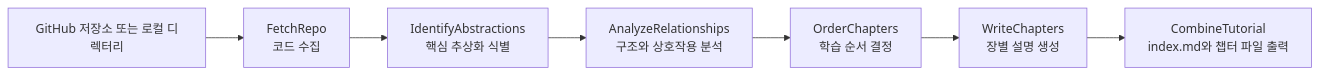
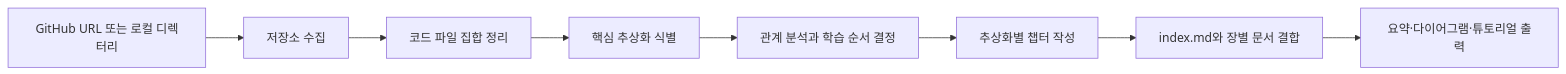
The first of 2 diagrams in docs/githubstudy/generated/the-pocket-pocketflow-tutorial-codebase-knowledge/index.md (seihwanMoon/skillrnd), drawn with Mermaid before and after one commit. The commit also changed other lines of this file and 4 other files, not shown here.

Commit message:
Improve GitHub Study hub and PocketFlow entry

````diff
--- a/docs/githubstudy/generated/the-pocket-pocketflow-tutorial-codebase-knowledge/index.md
+++ b/docs/githubstudy/generated/the-pocket-pocketflow-tutorial-codebase-knowledge/index.md
@@ -54,9 +66,10 @@
 ```mermaid
 flowchart LR
-    A[GitHub 저장소 또는 로컬 디렉터리] --> B[FetchRepo\n코드 수집]
-    B --> C[IdentifyAbstractions\n핵심 추상화 식별]
-    C --> D[AnalyzeRelationships\n구조와 상호작용 분석]
-    D --> E[OrderChapters\n학습 순서 결정]
-    E --> F[WriteChapters\n장별 설명 생성]
-    F --> G[CombineTutorial\nindex.md와 챕터 파일 출력]
+    A[GitHub URL 또는 로컬 디렉터리] --> B[저장소 수집]
+    B --> C[코드 파일 집합 정리]
+    C --> D[핵심 추상화 식별]
+    D --> E[관계 분석과 학습 순서 결정]
+    E --> F[추상화별 챕터 작성]
+    F --> G[index.md와 장별 문서 결합]
+    G --> H[요약·다이어그램·튜토리얼 출력]
 ```
````
